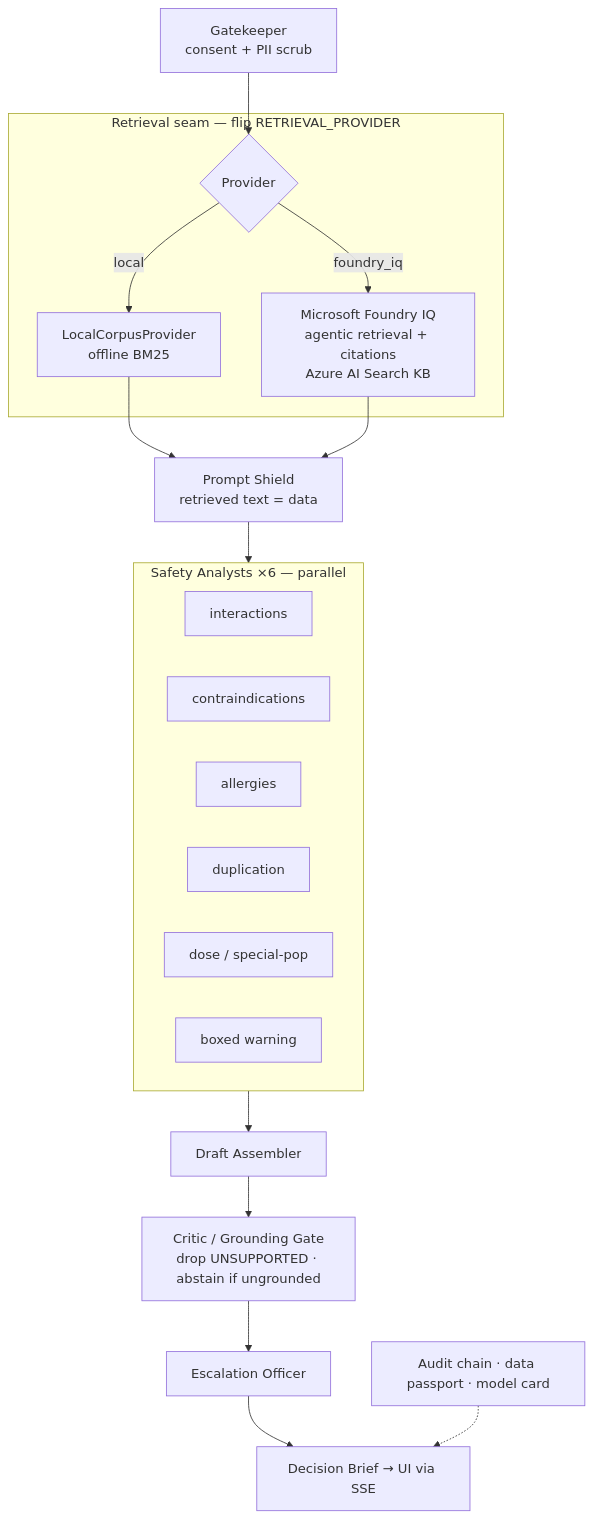
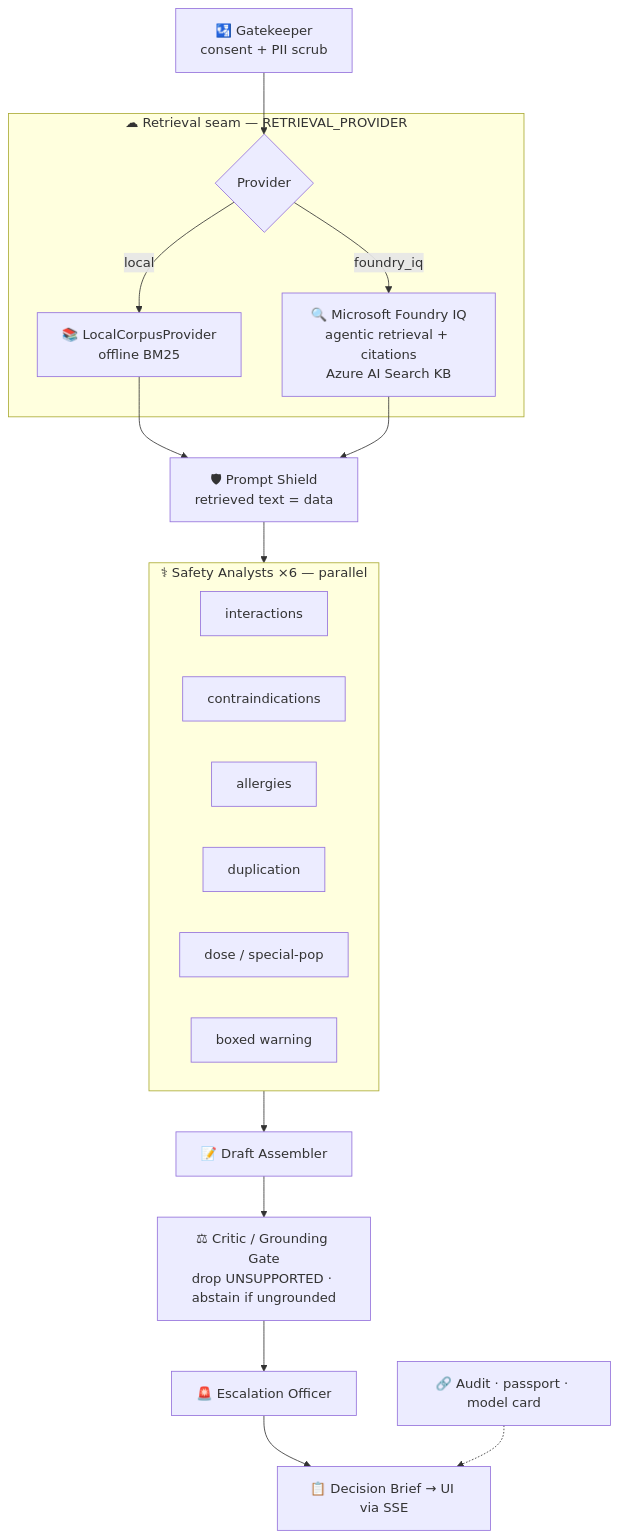
The diagram in README.md (parikshit06reddy-cloud/pharos), drawn with Mermaid before and after one commit. The commit also changed other lines of this file and 1 other file, not shown here.

````diff
--- a/README.md
+++ b/README.md
@@ -88,20 +173,20 @@
 ```mermaid
 flowchart TB
-  intake["Gatekeeper<br/>consent + PII scrub"] --> retr
-  subgraph retrieval ["Retrieval seam — flip RETRIEVAL_PROVIDER"]
+  intake["🛂 Gatekeeper<br/>consent + PII scrub"] --> retr
+  subgraph retrieval ["☁ Retrieval seam — RETRIEVAL_PROVIDER"]
     retr{"Provider"}
-    retr -->|local| bm25["LocalCorpusProvider<br/>offline BM25"]
-    retr -->|foundry_iq| fiq["Microsoft Foundry IQ<br/>agentic retrieval + citations<br/>Azure AI Search KB"]
+    retr -->|local| bm25["📚 LocalCorpusProvider<br/>offline BM25"]
+    retr -->|foundry_iq| fiq["🔍 Microsoft Foundry IQ<br/>agentic retrieval + citations<br/>Azure AI Search KB"]
   end
   bm25 --> guard
   fiq --> guard
-  guard["Prompt Shield<br/>retrieved text = data"] --> specialists
-  subgraph specialists ["Safety Analysts ×6 — parallel"]
+  guard["🛡 Prompt Shield<br/>retrieved text = data"] --> specialists
+  subgraph specialists ["⚕ Safety Analysts ×6 — parallel"]
     s1[interactions] & s2[contraindications] & s3[allergies] & s4[duplication] & s5[dose / special-pop] & s6[boxed warning]
   end
-  specialists --> synth["Draft Assembler"]
-  synth --> verifier["Critic / Grounding Gate<br/>drop UNSUPPORTED · abstain if ungrounded"]
-  verifier --> triage["Escalation Officer"]
-  triage --> brief["Decision Brief → UI via SSE"]
-  governance["Audit chain · data passport · model card"] -.-> brief
+  specialists --> synth["📝 Draft Assembler"]
+  synth --> verifier["⚖ Critic / Grounding Gate<br/>drop UNSUPPORTED · abstain if ungrounded"]
+  verifier --> triage["🚨 Escalation Officer"]
+  triage --> brief["📋 Decision Brief → UI via SSE"]
+  governance["🔗 Audit · passport · model card"] -.-> brief
 ```
````
